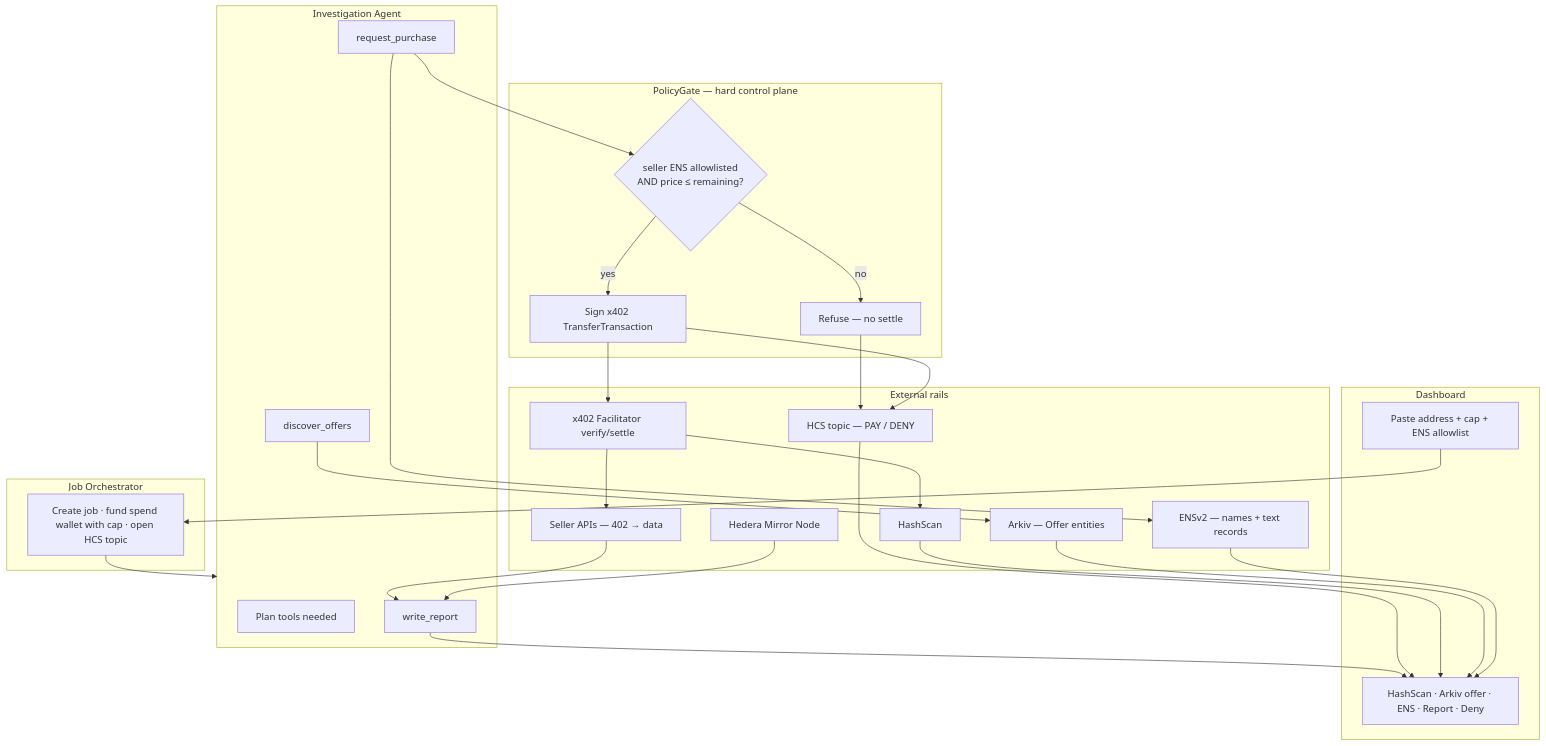
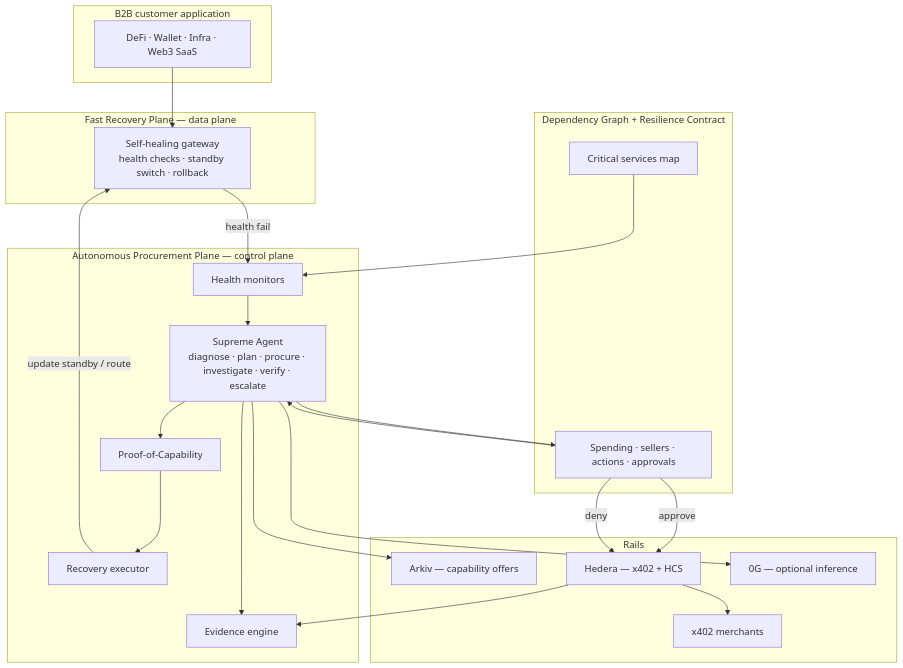
One commit to Shadow-Ash/NeverDown changed the first of 3 diagrams in README.md. Above: the diagram before and after it, drawn with Mermaid. The commit also changed other lines of this file, not shown here.

Commit message:
docs: rewrite README for TraceVault 2.0 resilience operator

````diff
--- a/README.md
+++ b/README.md
@@ -71,49 +188,47 @@
 ```mermaid
 flowchart TB
-  subgraph UI["Dashboard"]
-    Form["Paste address + cap + ENS allowlist"]
-    Proof["HashScan · Arkiv offer · ENS · Report · Deny"]
+  subgraph Customer["B2B customer application"]
+    App["DeFi · Wallet · Infra · Web3 SaaS"]
   end
 
-  subgraph ORCH["Job Orchestrator"]
-    Job["Create job · fund spend wallet with cap · open HCS topic"]
+  subgraph Graph["Dependency Graph + Resilience Contract"]
+    Deps["Critical services map"]
+    Policy["Spending · sellers · actions · approvals"]
   end
 
-  subgraph AGENT["Investigation Agent"]
-    Plan["Plan tools needed"]
-    Discover["discover_offers"]
-    Buy["request_purchase"]
-    Report["write_report"]
+  subgraph DataPlane["Fast Recovery Plane — data plane"]
+    GW["Self-healing gateway\nhealth checks · standby switch · rollback"]
   end
 
-  subgraph GATE["PolicyGate — hard control plane"]
-    Check{"seller ENS allowlisted\nAND price ≤ remaining?"}
-    Sign["Sign x402 TransferTransaction"]
-    Deny["Refuse — no settle"]
+  subgraph ControlPlane["Autonomous Procurement Plane — control plane"]
+    Mon["Health monitors"]
+    Agent["Supreme Agent\ndiagnose · plan · procure · investigate · verify · escalate"]
+    PoC["Proof-of-Capability"]
+    Exec["Recovery executor"]
+    Evidence["Evidence engine"]
   end
 
-  subgraph EXT["External rails"]
-    ENS["ENSv2 — names + text records"]
-    Arkiv["Arkiv — Offer entities"]
-    X402["x402 Facilitator verify/settle"]
-    Sellers["Seller APIs — 402 → data"]
-    Mirror["Hedera Mirror Node"]
-    HCS["HCS topic — PAY / DENY"]
-    HashScan["HashScan"]
+  subgraph Rails["Rails"]
+    Arkiv["Arkiv — capability offers"]
+    Hedera["Hedera — x402 + HCS"]
+    OG["0G — optional inference"]
+    Sellers["x402 merchants"]
   end
 
-  Form --> Job --> AGENT
-  Discover --> Arkiv
-  Buy --> ENS
-  Buy --> Check
-  Check -->|yes| Sign --> X402 --> Sellers
-  Check -->|no| Deny --> HCS
-  Sign --> HCS
-  Sellers --> Report
-  Mirror --> Report
-  Report --> Proof
-  HCS --> Proof
-  X402 --> HashScan --> Proof
-  Arkiv --> Proof
-  ENS --> Proof
+  App --> GW
+  Deps --> Mon
+  Policy --> Agent
+  GW -->|"health fail"| Mon
+  Mon --> Agent
+  Agent --> OG
+  Agent --> PoC
+  Agent --> Arkiv
+  Agent --> Policy
+  Policy -->|"approve"| Hedera
+  Policy -->|"deny"| Hedera
+  Hedera --> Sellers
+  PoC --> Exec
+  Exec -->|"update standby / route"| GW
+  Agent --> Evidence
+  Hedera --> Evidence
 ```
````
